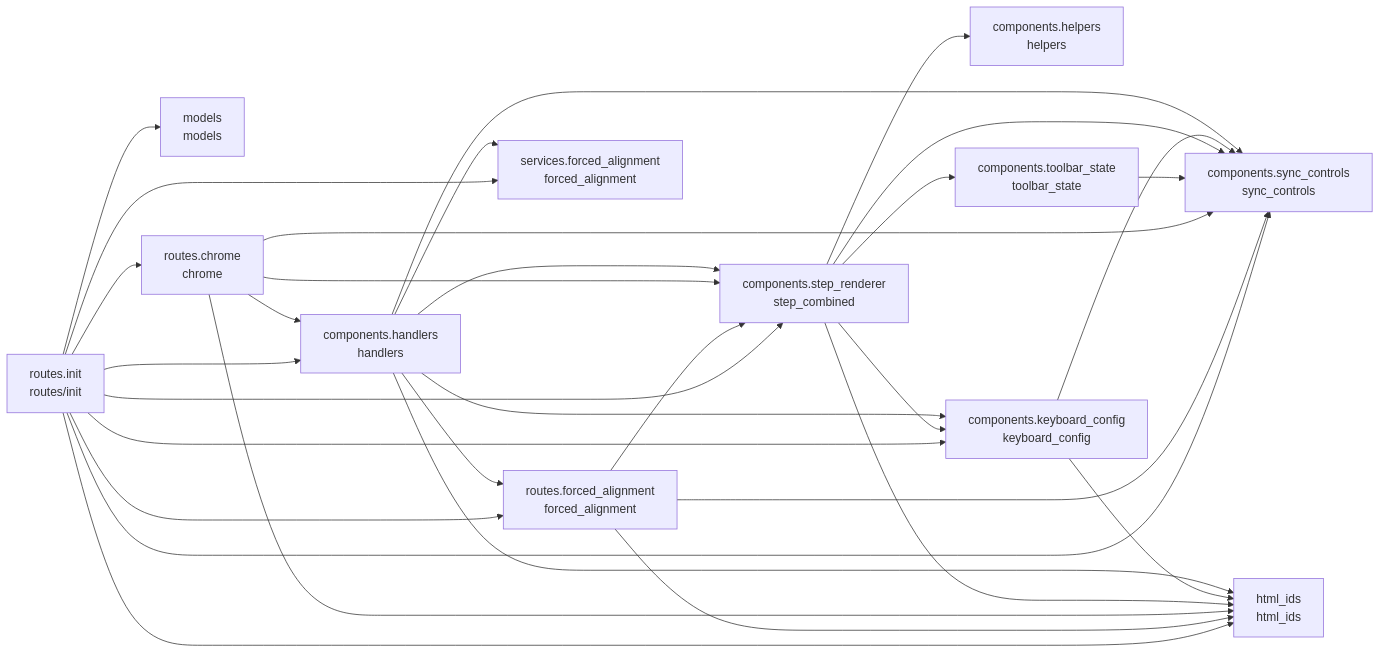
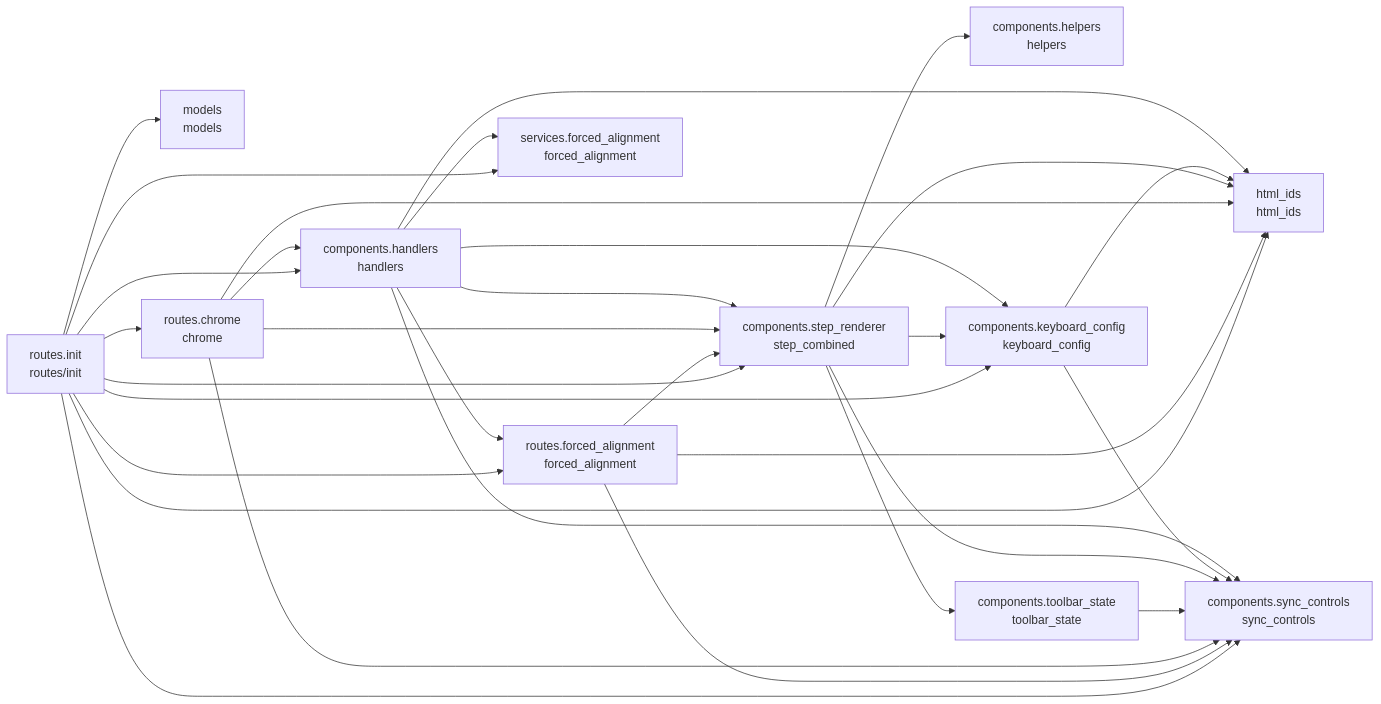
The diagram in README.md (cj-mills/cjm-transcript-segment-align), drawn with Mermaid before and after one commit. The commit also changed other lines of this file and 3 other files, not shown here.

````diff
--- a/README.md
+++ b/README.md
@@ -35,46 +35,46 @@
 ``` mermaid
 graph LR
     components_handlers[components.handlers<br/>handlers]
     components_helpers[components.helpers<br/>helpers]
     components_keyboard_config[components.keyboard_config<br/>keyboard_config]
     components_step_renderer[components.step_renderer<br/>step_combined]
     components_sync_controls[components.sync_controls<br/>sync_controls]
     components_toolbar_state[components.toolbar_state<br/>toolbar_state]
     html_ids[html_ids<br/>html_ids]
     models[models<br/>models]
     routes_chrome[routes.chrome<br/>chrome]
     routes_forced_alignment[routes.forced_alignment<br/>forced_alignment]
     routes_init[routes.init<br/>routes/init]
     services_forced_alignment[services.forced_alignment<br/>forced_alignment]
 
-    components_handlers --> components_sync_controls
     components_handlers --> components_keyboard_config
     components_handlers --> components_step_renderer
     components_handlers --> services_forced_alignment
     components_handlers --> routes_forced_alignment
     components_handlers --> html_ids
+    components_handlers --> components_sync_controls
     components_keyboard_config --> html_ids
     components_keyboard_config --> components_sync_controls
+    components_step_renderer --> html_ids
     components_step_renderer --> components_sync_controls
     components_step_renderer --> components_keyboard_config
-    components_step_renderer --> html_ids
     components_step_renderer --> components_helpers
     components_step_renderer --> components_toolbar_state
     components_toolbar_state --> components_sync_controls
+    routes_chrome --> components_handlers
+    routes_chrome --> components_step_renderer
+    routes_chrome --> html_ids
     routes_chrome --> components_sync_controls
-    routes_chrome --> components_step_renderer
-    routes_chrome --> components_handlers
-    routes_chrome --> html_ids
-    routes_forced_alignment --> components_sync_controls
     routes_forced_alignment --> components_step_renderer
     routes_forced_alignment --> html_ids
+    routes_forced_alignment --> components_sync_controls
     routes_init --> components_handlers
+    routes_init --> routes_chrome
+    routes_init --> routes_forced_alignment
+    routes_init --> models
+    routes_init --> services_forced_alignment
+    routes_init --> components_step_renderer
     routes_init --> components_keyboard_config
-    routes_init --> models
-    routes_init --> routes_forced_alignment
-    routes_init --> services_forced_alignment
+    routes_init --> html_ids
     routes_init --> components_sync_controls
-    routes_init --> html_ids
-    routes_init --> routes_chrome
-    routes_init --> components_step_renderer
 ```
````
